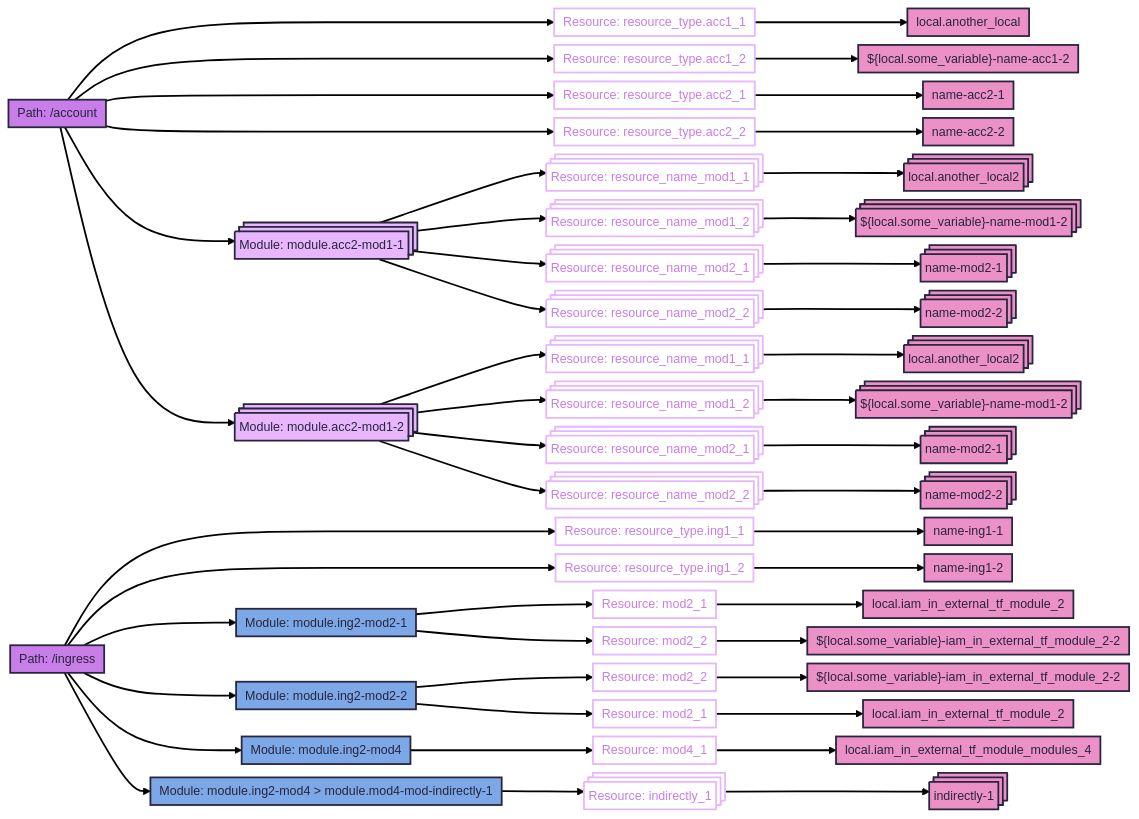
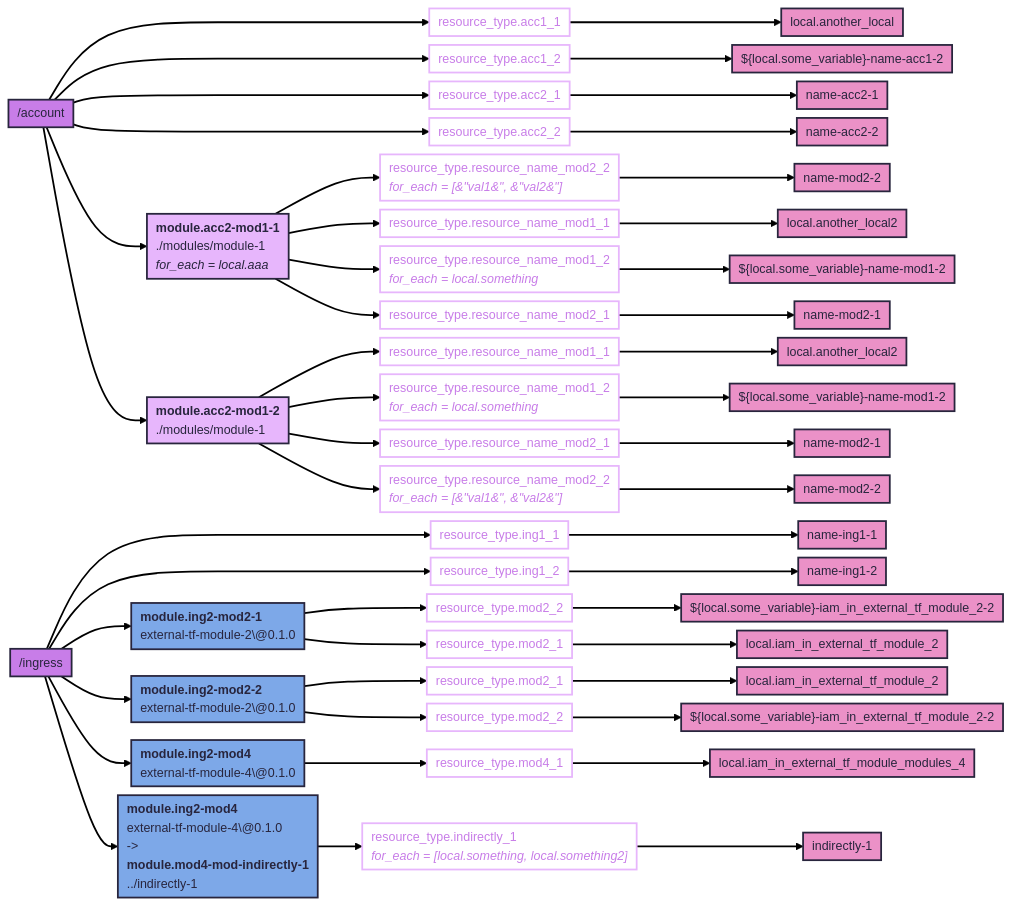
The diagram in output.mmd (keenbytes/tfsketch), drawn with Mermaid before and after one commit. The commit also changed 1 other file, not shown here.

Commit message:
Add for_each and module url in the look

```diff
--- a/output.mmd
+++ b/output.mmd
@@ -9,33 +9,33 @@
 ---
 flowchart LR
   classDef tf-path fill:#c87de8
-  classDef tf-resource-name stroke:#e7b6fc,color:#c87de8
-  classDef tf-int-mod fill:#e7b6fc
-  classDef tf-ext-mod fill:#7da8e8
+  classDef tf-resource-name stroke:#e7b6fc,color:#c87de8,text-align:left
+  classDef tf-int-mod fill:#e7b6fc,text-align:left
+  classDef tf-ext-mod fill:#7da8e8,text-align:left
   classDef tf-resource-field-name fill:#eb91c7
-  account["Path: /account"]:::tf-path ---> account___acc11["Resource: resource_type.acc1_1"]:::tf-resource-name --> account___acc11___FieldName["local.another_local"]:::tf-resource-field-name
-  account["Path: /account"]:::tf-path ---> account___acc12["Resource: resource_type.acc1_2"]:::tf-resource-name --> account___acc12___FieldName["${local.some_variable}-name-acc1-2"]:::tf-resource-field-name
-  account["Path: /account"]:::tf-path ---> account___acc21["Resource: resource_type.acc2_1"]:::tf-resource-name --> account___acc21___FieldName["name-acc2-1"]:::tf-resource-field-name
-  account["Path: /account"]:::tf-path ---> account___acc22["Resource: resource_type.acc2_2"]:::tf-resource-name --> account___acc22___FieldName["name-acc2-2"]:::tf-resource-field-name
-  account["Path: /account"]:::tf-path --> account___mod___accountmodulesmodule1___acc2mod11["Module: module.acc2-mod1-1"]:::tf-int-mod@{ shape: procs }
-  account___mod___accountmodulesmodule1___acc2mod11["Module: module.acc2-mod1-1"]:::tf-int-mod@{ shape: procs } --> account___mod___accountmodulesmodule1___acc2mod11___resourcenamemod11["Resource: resource_name_mod1_1"]:::tf-resource-name@{ shape: procs } --> account___mod___accountmodulesmodule1___acc2mod11___resourcenamemod11___FieldName["local.another_local2"]:::tf-resource-field-name@{ shape: procs }
-  account___mod___accountmodulesmodule1___acc2mod11["Module: module.acc2-mod1-1"]:::tf-int-mod@{ shape: procs } --> account___mod___accountmodulesmodule1___acc2mod11___resourcenamemod12["Resource: resource_name_mod1_2"]:::tf-resource-name@{ shape: procs } --> account___mod___accountmodulesmodule1___acc2mod11___resourcenamemod12___FieldName["${local.some_variable}-name-mod1-2"]:::tf-resource-field-name@{ shape: procs }
-  account___mod___accountmodulesmodule1___acc2mod11["Module: module.acc2-mod1-1"]:::tf-int-mod@{ shape: procs } --> account___mod___accountmodulesmodule1___acc2mod11___resourcenamemod21["Resource: resource_name_mod2_1"]:::tf-resource-name@{ shape: procs } --> account___mod___accountmodulesmodule1___acc2mod11___resourcenamemod21___FieldName["name-mod2-1"]:::tf-resource-field-name@{ shape: procs }
-  account___mod___accountmodulesmodule1___acc2mod11["Module: module.acc2-mod1-1"]:::tf-int-mod@{ shape: procs } --> account___mod___accountmodulesmodule1___acc2mod11___resourcenamemod22["Resource: resource_name_mod2_2"]:::tf-resource-name@{ shape: procs } --> account___mod___accountmodulesmodule1___acc2mod11___resourcenamemod22___FieldName["name-mod2-2"]:::tf-resource-field-name@{ shape: procs }
-  account["Path: /account"]:::tf-path --> account___mod___accountmodulesmodule1___acc2mod12["Module: module.acc2-mod1-2"]:::tf-int-mod@{ shape: procs }
-  account___mod___accountmodulesmodule1___acc2mod12["Module: module.acc2-mod1-2"]:::tf-int-mod@{ shape: procs } --> account___mod___accountmodulesmodule1___acc2mod12___resourcenamemod11["Resource: resource_name_mod1_1"]:::tf-resource-name@{ shape: procs } --> account___mod___accountmodulesmodule1___acc2mod12___resourcenamemod11___FieldName["local.another_local2"]:::tf-resource-field-name@{ shape: procs }
-  account___mod___accountmodulesmodule1___acc2mod12["Module: module.acc2-mod1-2"]:::tf-int-mod@{ shape: procs } --> account___mod___accountmodulesmodule1___acc2mod12___resourcenamemod12["Resource: resource_name_mod1_2"]:::tf-resource-name@{ shape: procs } --> account___mod___accountmodulesmodule1___acc2mod12___resourcenamemod12___FieldName["${local.some_variable}-name-mod1-2"]:::tf-resource-field-name@{ shape: procs }
-  account___mod___accountmodulesmodule1___acc2mod12["Module: module.acc2-mod1-2"]:::tf-int-mod@{ shape: procs } --> account___mod___accountmodulesmodule1___acc2mod12___resourcenamemod21["Resource: resource_name_mod2_1"]:::tf-resource-name@{ shape: procs } --> account___mod___accountmodulesmodule1___acc2mod12___resourcenamemod21___FieldName["name-mod2-1"]:::tf-resource-field-name@{ shape: procs }
-  account___mod___accountmodulesmodule1___acc2mod12["Module: module.acc2-mod1-2"]:::tf-int-mod@{ shape: procs } --> account___mod___accountmodulesmodule1___acc2mod12___resourcenamemod22["Resource: resource_name_mod2_2"]:::tf-resource-name@{ shape: procs } --> account___mod___accountmodulesmodule1___acc2mod12___resourcenamemod22___FieldName["name-mod2-2"]:::tf-resource-field-name@{ shape: procs }
-  ingress["Path: /ingress"]:::tf-path ---> ingress___ing11["Resource: resource_type.ing1_1"]:::tf-resource-name --> ingress___ing11___FieldName["name-ing1-1"]:::tf-resource-field-name
-  ingress["Path: /ingress"]:::tf-path ---> ingress___ing12["Resource: resource_type.ing1_2"]:::tf-resource-name --> ingress___ing12___FieldName["name-ing1-2"]:::tf-resource-field-name
-  ingress["Path: /ingress"]:::tf-path --> ingress___mod___root___ing2mod21["Module: module.ing2-mod2-1"]:::tf-ext-mod
-  ingress___mod___root___ing2mod21["Module: module.ing2-mod2-1"]:::tf-ext-mod --> ingress___mod___root___ing2mod21___mod21["Resource: mod2_1"]:::tf-resource-name --> ingress___mod___root___ing2mod21___mod21___FieldName["local.iam_in_external_tf_module_2"]:::tf-resource-field-name
-  ingress___mod___root___ing2mod21["Module: module.ing2-mod2-1"]:::tf-ext-mod --> ingress___mod___root___ing2mod21___mod22["Resource: mod2_2"]:::tf-resource-name --> ingress___mod___root___ing2mod21___mod22___FieldName["${local.some_variable}-iam_in_external_tf_module_2-2"]:::tf-resource-field-name
-  ingress["Path: /ingress"]:::tf-path --> ingress___mod___root___ing2mod22["Module: module.ing2-mod2-2"]:::tf-ext-mod
-  ingress___mod___root___ing2mod22["Module: module.ing2-mod2-2"]:::tf-ext-mod --> ingress___mod___root___ing2mod22___mod22["Resource: mod2_2"]:::tf-resource-name --> ingress___mod___root___ing2mod22___mod22___FieldName["${local.some_variable}-iam_in_external_tf_module_2-2"]:::tf-resource-field-name
-  ingress___mod___root___ing2mod22["Module: module.ing2-mod2-2"]:::tf-ext-mod --> ingress___mod___root___ing2mod22___mod21["Resource: mod2_1"]:::tf-resource-name --> ingress___mod___root___ing2mod22___mod21___FieldName["local.iam_in_external_tf_module_2"]:::tf-resource-field-name
-  ingress["Path: /ingress"]:::tf-path --> ingress___mod___root___ing2mod4["Module: module.ing2-mod4"]:::tf-ext-mod
-  ingress___mod___root___ing2mod4["Module: module.ing2-mod4"]:::tf-ext-mod --> ingress___mod___root___ing2mod4___mod41["Resource: mod4_1"]:::tf-resource-name --> ingress___mod___root___ing2mod4___mod41___FieldName["local.iam_in_external_tf_module_modules_4"]:::tf-resource-field-name
-  ingress["Path: /ingress"]:::tf-path --> ingress___mod___root___ing2mod4___mod4modindirectly1["Module: module.ing2-mod4 > module.mod4-mod-indirectly-1"]:::tf-ext-mod
-  ingress___mod___root___ing2mod4___mod4modindirectly1["Module: module.ing2-mod4 > module.mod4-mod-indirectly-1"]:::tf-ext-mod --> ingress___mod___root___ing2mod4___mod4modindirectly1___indirectly1["Resource: indirectly_1"]:::tf-resource-name@{ shape: procs } --> ingress___mod___root___ing2mod4___mod4modindirectly1___indirectly1___FieldName["indirectly-1"]:::tf-resource-field-name@{ shape: procs }
+  account["/account"]:::tf-path ---> account___acc11["resource_type.acc1_1"]:::tf-resource-name --> account___acc11___FieldName["local.another_local"]:::tf-resource-field-name
+  account["/account"]:::tf-path ---> account___acc12["resource_type.acc1_2"]:::tf-resource-name --> account___acc12___FieldName["${local.some_variable}-name-acc1-2"]:::tf-resource-field-name
+  account["/account"]:::tf-path ---> account___acc21["resource_type.acc2_1"]:::tf-resource-name --> account___acc21___FieldName["name-acc2-1"]:::tf-resource-field-name
+  account["/account"]:::tf-path ---> account___acc22["resource_type.acc2_2"]:::tf-resource-name --> account___acc22___FieldName["name-acc2-2"]:::tf-resource-field-name
+  account["/account"]:::tf-path --> account___mod___accountmodulesmodule1___acc2mod11["<b>module.acc2-mod1-1</b><br>./modules/module-1<br><i>for_each = local.aaa</i>"]:::tf-int-mod
+  account___mod___accountmodulesmodule1___acc2mod11 --> account___mod___accountmodulesmodule1___acc2mod11___resourcenamemod22["resource_type.resource_name_mod2_2<br><i>for_each = [&#34;val1&#34;, &#34;val2&#34;]</i>"]:::tf-resource-name --> account___mod___accountmodulesmodule1___acc2mod11___resourcenamemod22___FieldName["name-mod2-2"]:::tf-resource-field-name
+  account___mod___accountmodulesmodule1___acc2mod11 --> account___mod___accountmodulesmodule1___acc2mod11___resourcenamemod11["resource_type.resource_name_mod1_1"]:::tf-resource-name --> account___mod___accountmodulesmodule1___acc2mod11___resourcenamemod11___FieldName["local.another_local2"]:::tf-resource-field-name
+  account___mod___accountmodulesmodule1___acc2mod11 --> account___mod___accountmodulesmodule1___acc2mod11___resourcenamemod12["resource_type.resource_name_mod1_2<br><i>for_each = local.something</i>"]:::tf-resource-name --> account___mod___accountmodulesmodule1___acc2mod11___resourcenamemod12___FieldName["${local.some_variable}-name-mod1-2"]:::tf-resource-field-name
+  account___mod___accountmodulesmodule1___acc2mod11 --> account___mod___accountmodulesmodule1___acc2mod11___resourcenamemod21["resource_type.resource_name_mod2_1"]:::tf-resource-name --> account___mod___accountmodulesmodule1___acc2mod11___resourcenamemod21___FieldName["name-mod2-1"]:::tf-resource-field-name
+  account["/account"]:::tf-path --> account___mod___accountmodulesmodule1___acc2mod12["<b>module.acc2-mod1-2</b><br>./modules/module-1"]:::tf-int-mod
+  account___mod___accountmodulesmodule1___acc2mod12 --> account___mod___accountmodulesmodule1___acc2mod12___resourcenamemod11["resource_type.resource_name_mod1_1"]:::tf-resource-name --> account___mod___accountmodulesmodule1___acc2mod12___resourcenamemod11___FieldName["local.another_local2"]:::tf-resource-field-name
+  account___mod___accountmodulesmodule1___acc2mod12 --> account___mod___accountmodulesmodule1___acc2mod12___resourcenamemod12["resource_type.resource_name_mod1_2<br><i>for_each = local.something</i>"]:::tf-resource-name --> account___mod___accountmodulesmodule1___acc2mod12___resourcenamemod12___FieldName["${local.some_variable}-name-mod1-2"]:::tf-resource-field-name
+  account___mod___accountmodulesmodule1___acc2mod12 --> account___mod___accountmodulesmodule1___acc2mod12___resourcenamemod21["resource_type.resource_name_mod2_1"]:::tf-resource-name --> account___mod___accountmodulesmodule1___acc2mod12___resourcenamemod21___FieldName["name-mod2-1"]:::tf-resource-field-name
+  account___mod___accountmodulesmodule1___acc2mod12 --> account___mod___accountmodulesmodule1___acc2mod12___resourcenamemod22["resource_type.resource_name_mod2_2<br><i>for_each = [&#34;val1&#34;, &#34;val2&#34;]</i>"]:::tf-resource-name --> account___mod___accountmodulesmodule1___acc2mod12___resourcenamemod22___FieldName["name-mod2-2"]:::tf-resource-field-name
+  ingress["/ingress"]:::tf-path ---> ingress___ing11["resource_type.ing1_1"]:::tf-resource-name --> ingress___ing11___FieldName["name-ing1-1"]:::tf-resource-field-name
+  ingress["/ingress"]:::tf-path ---> ingress___ing12["resource_type.ing1_2"]:::tf-resource-name --> ingress___ing12___FieldName["name-ing1-2"]:::tf-resource-field-name
+  ingress["/ingress"]:::tf-path --> ingress___mod___root___ing2mod21["<b>module.ing2-mod2-1</b><br>external-tf-module-2\@0.1.0"]:::tf-ext-mod
+  ingress___mod___root___ing2mod21 --> ingress___mod___root___ing2mod21___mod22["resource_type.mod2_2"]:::tf-resource-name --> ingress___mod___root___ing2mod21___mod22___FieldName["${local.some_variable}-iam_in_external_tf_module_2-2"]:::tf-resource-field-name
+  ingress___mod___root___ing2mod21 --> ingress___mod___root___ing2mod21___mod21["resource_type.mod2_1"]:::tf-resource-name --> ingress___mod___root___ing2mod21___mod21___FieldName["local.iam_in_external_tf_module_2"]:::tf-resource-field-name
+  ingress["/ingress"]:::tf-path --> ingress___mod___root___ing2mod22["<b>module.ing2-mod2-2</b><br>external-tf-module-2\@0.1.0"]:::tf-ext-mod
+  ingress___mod___root___ing2mod22 --> ingress___mod___root___ing2mod22___mod21["resource_type.mod2_1"]:::tf-resource-name --> ingress___mod___root___ing2mod22___mod21___FieldName["local.iam_in_external_tf_module_2"]:::tf-resource-field-name
+  ingress___mod___root___ing2mod22 --> ingress___mod___root___ing2mod22___mod22["resource_type.mod2_2"]:::tf-resource-name --> ingress___mod___root___ing2mod22___mod22___FieldName["${local.some_variable}-iam_in_external_tf_module_2-2"]:::tf-resource-field-name
+  ingress["/ingress"]:::tf-path --> ingress___mod___root___ing2mod4["<b>module.ing2-mod4</b><br>external-tf-module-4\@0.1.0"]:::tf-ext-mod
+  ingress___mod___root___ing2mod4 --> ingress___mod___root___ing2mod4___mod41["resource_type.mod4_1"]:::tf-resource-name --> ingress___mod___root___ing2mod4___mod41___FieldName["local.iam_in_external_tf_module_modules_4"]:::tf-resource-field-name
+  ingress["/ingress"]:::tf-path --> ingress___mod___root___ing2mod4___mod4modindirectly1["<b>module.ing2-mod4</b><br>external-tf-module-4\@0.1.0<br>-&gt;<br><b>module.mod4-mod-indirectly-1</b><br>../indirectly-1"]:::tf-ext-mod
+  ingress___mod___root___ing2mod4___mod4modindirectly1 --> ingress___mod___root___ing2mod4___mod4modindirectly1___indirectly1["resource_type.indirectly_1<br><i>for_each = [local.something, local.something2]</i>"]:::tf-resource-name --> ingress___mod___root___ing2mod4___mod4modindirectly1___indirectly1___FieldName["indirectly-1"]:::tf-resource-field-name
```
